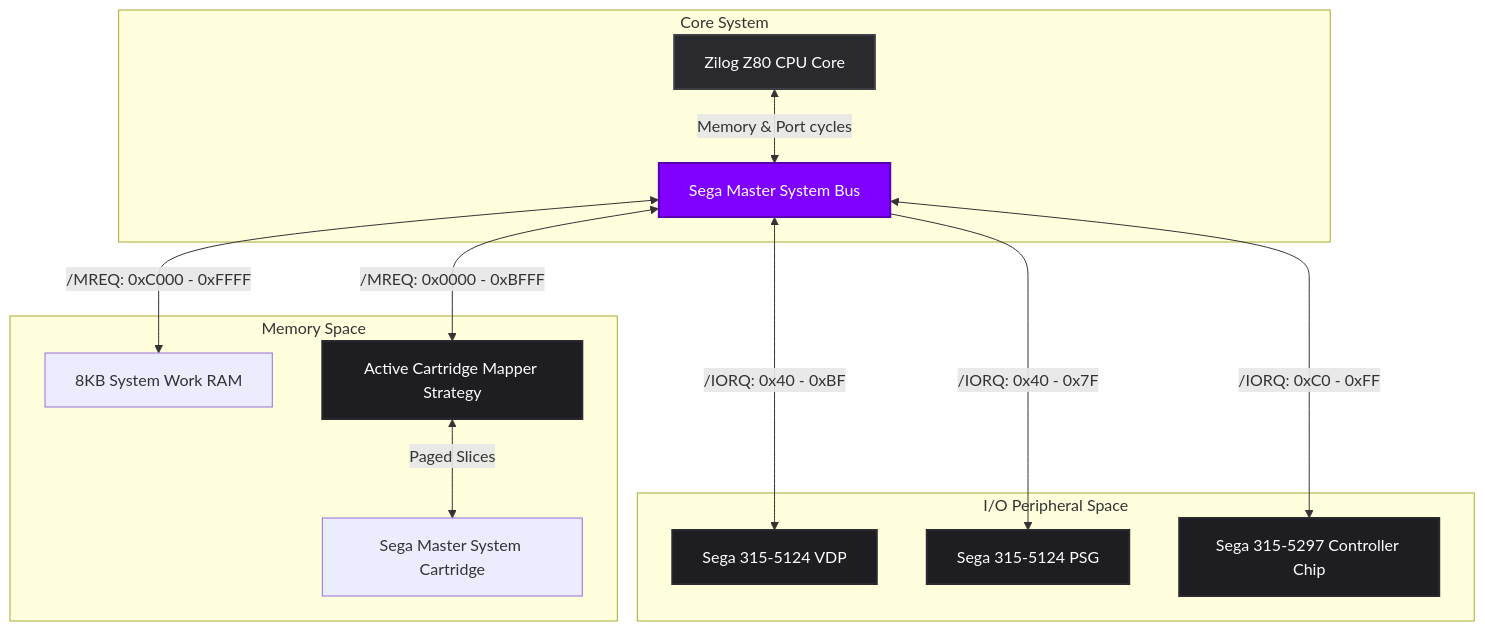
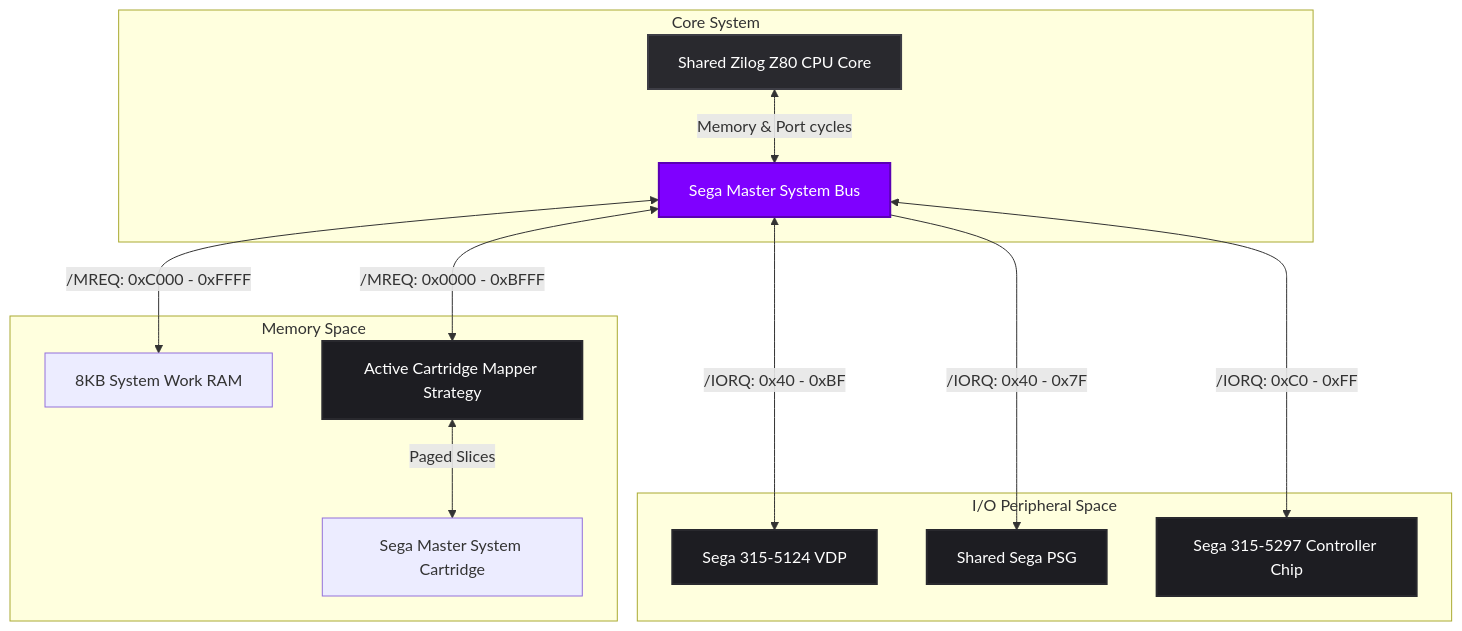
Before and after one commit to enriquegonzalezgutierrez/EGGStation: the first of 3 diagrams in README.md, drawn with Mermaid. The commit also changed other lines of this file, not shown here.

First line of the commit message:
fix(audio): inject universal sample rate to SegaPsg and resolve Genesis initialization crash

````diff
--- a/README.md
+++ b/README.md
@@ -62,25 +62,25 @@
 ```mermaid
 graph TB
     subgraph Core System
-        CPU[Zilog Z80 CPU Core] <-->|Memory & Port cycles| BUS[Sega Master System Bus]
+        CPU[Shared Zilog Z80 CPU Core] <-->|Memory & Port cycles| BUS[Sega Master System Bus]
     end
 
     subgraph Memory Space
         BUS <-->|/MREQ: 0xC000 - 0xFFFF| WRAM[8KB System Work RAM]
         BUS <-->|/MREQ: 0x0000 - 0xBFFF| MAPPER[Active Cartridge Mapper Strategy]
         MAPPER <-->|Paged Slices| CART[Sega Master System Cartridge]
     end
 
     subgraph I/O Peripheral Space
         BUS <-->|/IORQ: 0x40 - 0xBF| VDP[Sega 315-5124 VDP]
-        BUS --->|/IORQ: 0x40 - 0x7F| PSG[Sega 315-5124 PSG]
+        BUS --->|/IORQ: 0x40 - 0x7F| PSG[Shared Sega PSG]
         BUS <-->|/IORQ: 0xC0 - 0xFF| IO[Sega 315-5297 Controller Chip]
     end
 
     style CPU fill:#29292e,stroke:#3e3e46,stroke-width:2px,color:#fff
     style BUS fill:#7f00ff,stroke:#5a00b3,stroke-width:2px,color:#fff
     style VDP fill:#1d1d22,stroke:#29292e,stroke-width:2px,color:#fff
     style PSG fill:#1d1d22,stroke:#29292e,stroke-width:2px,color:#fff
     style IO fill:#1d1d22,stroke:#29292e,stroke-width:2px,color:#fff
     style MAPPER fill:#1d1d22,stroke:#29292e,stroke-width:2px,color:#fff
 ```
````
